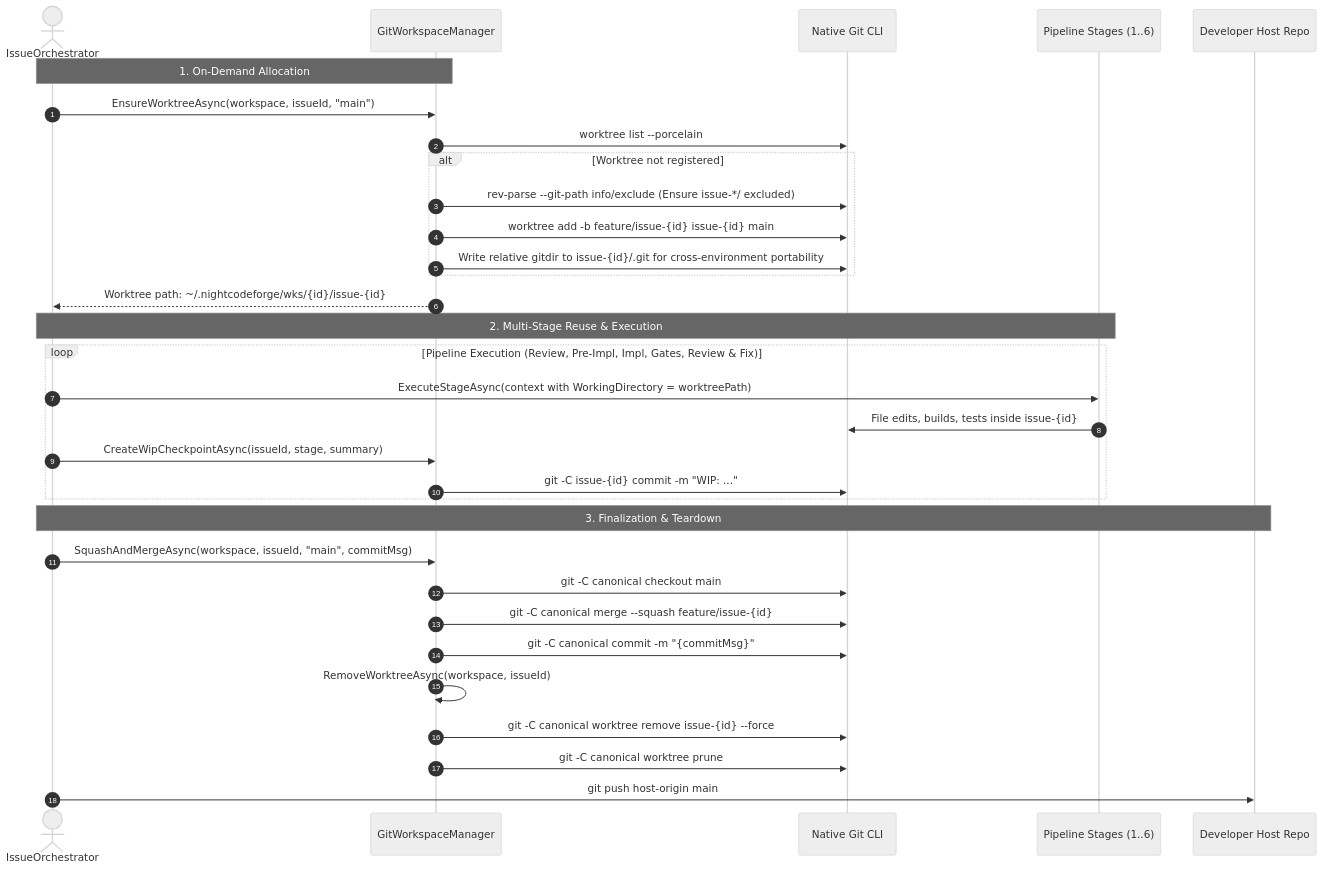
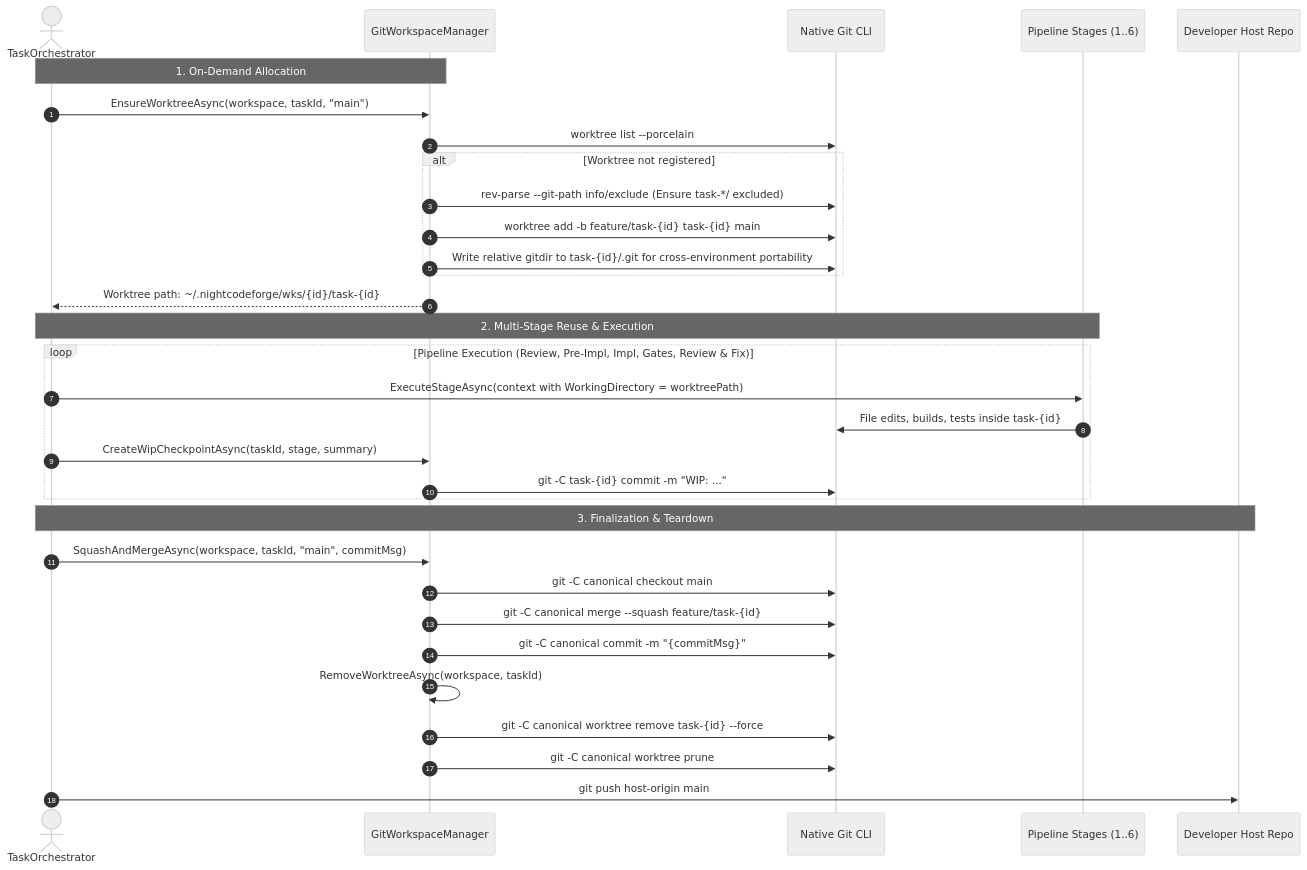
Diagram 13 of 22 in docs/ARCHITECTURE.md (jetelain/NightCodeForge), drawn with Mermaid (neutral theme) before and after one commit. The commit also changed other lines of this file and 151 other files, not shown here.

Commit message:
Issue -> Task

````diff
--- a/docs/ARCHITECTURE.md
+++ b/docs/ARCHITECTURE.md
@@ -843,37 +843,37 @@
 ```mermaid
 sequenceDiagram
     autonumber
-    actor Orch as IssueOrchestrator
+    actor Orch as TaskOrchestrator
     participant GWM as GitWorkspaceManager
     participant Git as Native Git CLI
     participant Stage as Pipeline Stages (1..6)
     participant Host as Developer Host Repo
 
     Note over Orch,GWM: 1. On-Demand Allocation
-    Orch->>GWM: EnsureWorktreeAsync(workspace, issueId, "main")
+    Orch->>GWM: EnsureWorktreeAsync(workspace, taskId, "main")
     GWM->>Git: worktree list --porcelain
     alt Worktree not registered
-        GWM->>Git: rev-parse --git-path info/exclude (Ensure issue-*/ excluded)
-        GWM->>Git: worktree add -b feature/issue-{id} issue-{id} main
-        GWM->>Git: Write relative gitdir to issue-{id}/.git for cross-environment portability
+        GWM->>Git: rev-parse --git-path info/exclude (Ensure task-*/ excluded)
+        GWM->>Git: worktree add -b feature/task-{id} task-{id} main
+        GWM->>Git: Write relative gitdir to task-{id}/.git for cross-environment portability
     end
-    GWM-->>Orch: Worktree path: ~/.nightcodeforge/wks/{id}/issue-{id}
+    GWM-->>Orch: Worktree path: ~/.nightcodeforge/wks/{id}/task-{id}
 
     Note over Orch,Stage: 2. Multi-Stage Reuse & Execution
     loop Pipeline Execution (Review, Pre-Impl, Impl, Gates, Review & Fix)
         Orch->>Stage: ExecuteStageAsync(context with WorkingDirectory = worktreePath)
-        Stage->>Git: File edits, builds, tests inside issue-{id}
-        Orch->>GWM: CreateWipCheckpointAsync(issueId, stage, summary)
-        GWM->>Git: git -C issue-{id} commit -m "WIP: ..."
+        Stage->>Git: File edits, builds, tests inside task-{id}
+        Orch->>GWM: CreateWipCheckpointAsync(taskId, stage, summary)
+        GWM->>Git: git -C task-{id} commit -m "WIP: ..."
     end
 
     Note over Orch,Host: 3. Finalization & Teardown
-    Orch->>GWM: SquashAndMergeAsync(workspace, issueId, "main", commitMsg)
+    Orch->>GWM: SquashAndMergeAsync(workspace, taskId, "main", commitMsg)
     GWM->>Git: git -C canonical checkout main
-    GWM->>Git: git -C canonical merge --squash feature/issue-{id}
+    GWM->>Git: git -C canonical merge --squash feature/task-{id}
     GWM->>Git: git -C canonical commit -m "{commitMsg}"
-    GWM->>GWM: RemoveWorktreeAsync(workspace, issueId)
-    GWM->>Git: git -C canonical worktree remove issue-{id} --force
+    GWM->>GWM: RemoveWorktreeAsync(workspace, taskId)
+    GWM->>Git: git -C canonical worktree remove task-{id} --force
     GWM->>Git: git -C canonical worktree prune
     Orch->>Host: git push host-origin main
 ```
````
